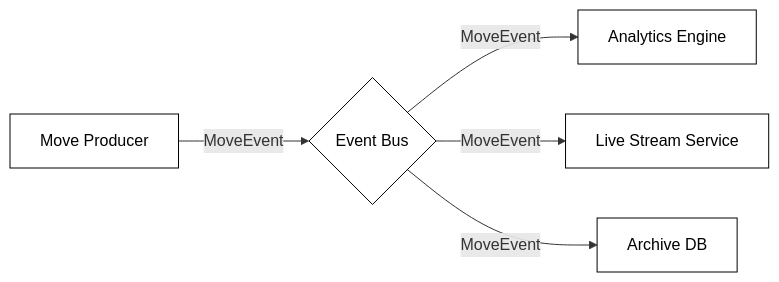
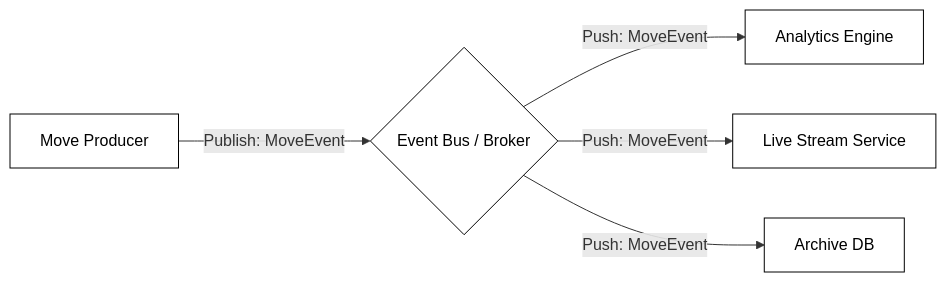
Before and after one commit to byucsstudent/cs240v2: the ninth of 14 diagrams in instruction/distributed-application-architectures/distributed-application-architectures.md, drawn with Mermaid. The commit also changed other lines of this file, not shown here.

Commit message:
Lee Jensen - update(Distributed Application Architectures)

````diff
--- a/instruction/distributed-application-architectures/distributed-application-architectures.md
+++ b/instruction/distributed-application-architectures/distributed-application-architectures.md
@@ -284,8 +289,8 @@
 ```mermaid
 graph LR
     classDef default fill:#ffffff,stroke:#000000,color:#000000,stroke-width:1px;
-    Producer[Move Producer] -- "MoveEvent" --> Bus{Event Bus}
-    Bus -- "MoveEvent" --> Consumer1[Analytics Engine]
-    Bus -- "MoveEvent" --> Consumer2[Live Stream Service]
-    Bus -- "MoveEvent" --> Consumer3[Archive DB]
+    Producer[Move Producer] -- "Publish: MoveEvent" --> Bus{Event Bus / Broker}
+    Bus -- "Push: MoveEvent" --> Consumer1[Analytics Engine]
+    Bus -- "Push: MoveEvent" --> Consumer2[Live Stream Service]
+    Bus -- "Push: MoveEvent" --> Consumer3[Archive DB]
 ```
````
